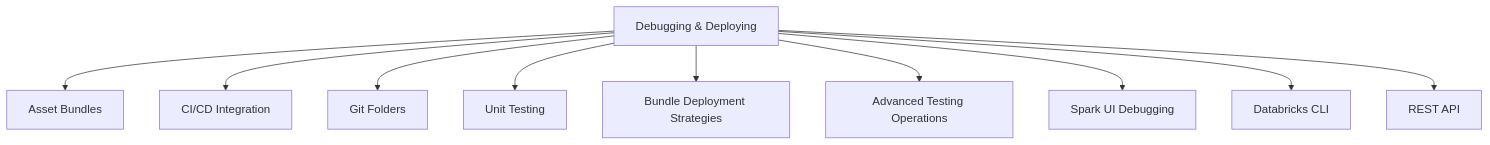
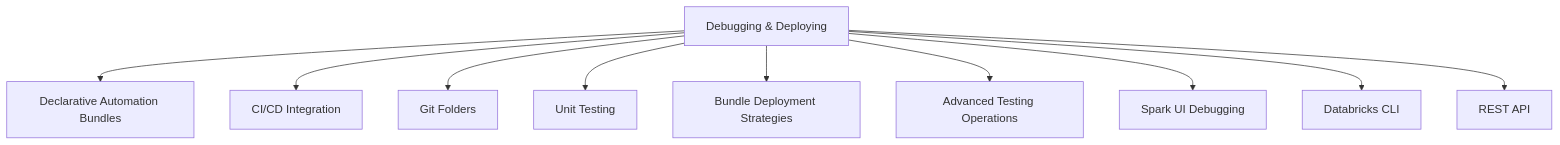
Before and after one commit to kengio/databricks-certification-study-guide: the diagram in certifications/data-engineer-professional/08-debugging-and-deploying/README.md, drawn with Mermaid. The commit also changed other lines of this file and 54 other files, not shown here.

````diff
--- a/certifications/data-engineer-professional/08-debugging-and-deploying/README.md
+++ b/certifications/data-engineer-professional/08-debugging-and-deploying/README.md
@@ -18,12 +18,12 @@
 ```mermaid
 flowchart TD
-    DD[Debugging & Deploying] --> AB[Asset Bundles]
+    DD[Debugging & Deploying] --> AB[Declarative Automation Bundles]
     DD --> CICD[CI/CD Integration]
     DD --> GF[Git Folders]
     DD --> UT[Unit Testing]
     DD --> BDS[Bundle Deployment Strategies]
     DD --> ATO[Advanced Testing Operations]
     DD --> SUI[Spark UI Debugging]
     DD --> CLI[Databricks CLI]
     DD --> API[REST API]
 ```
````
